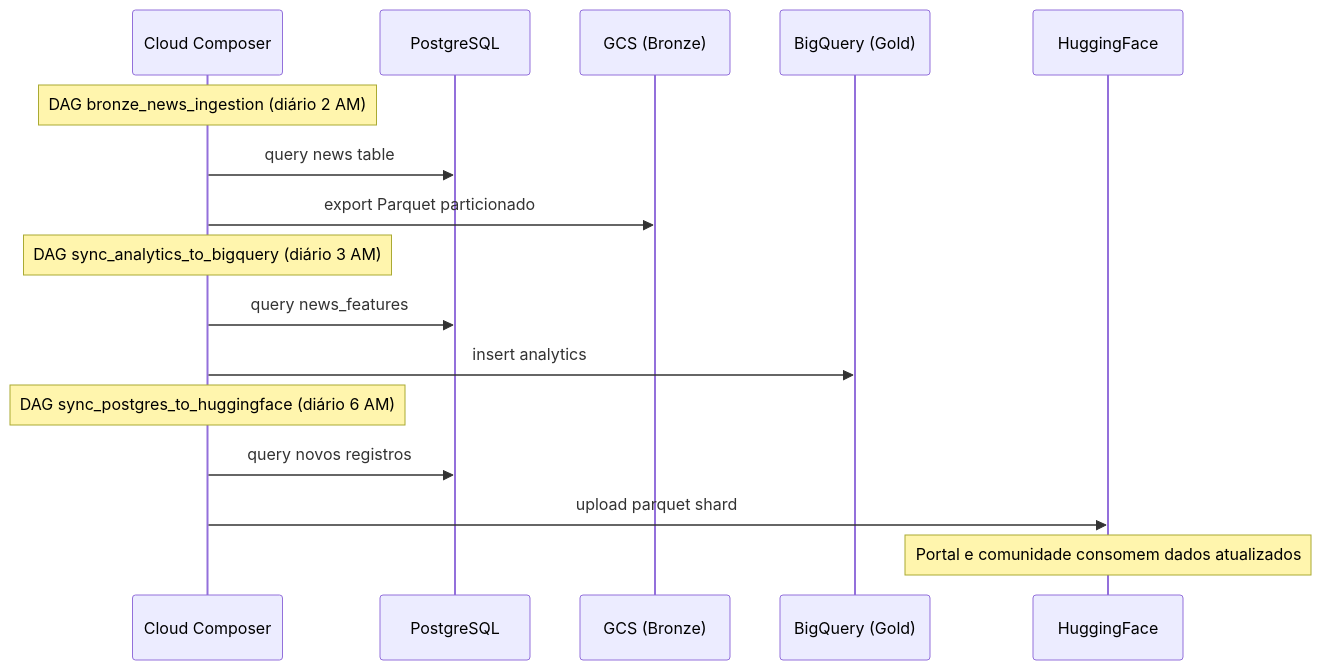
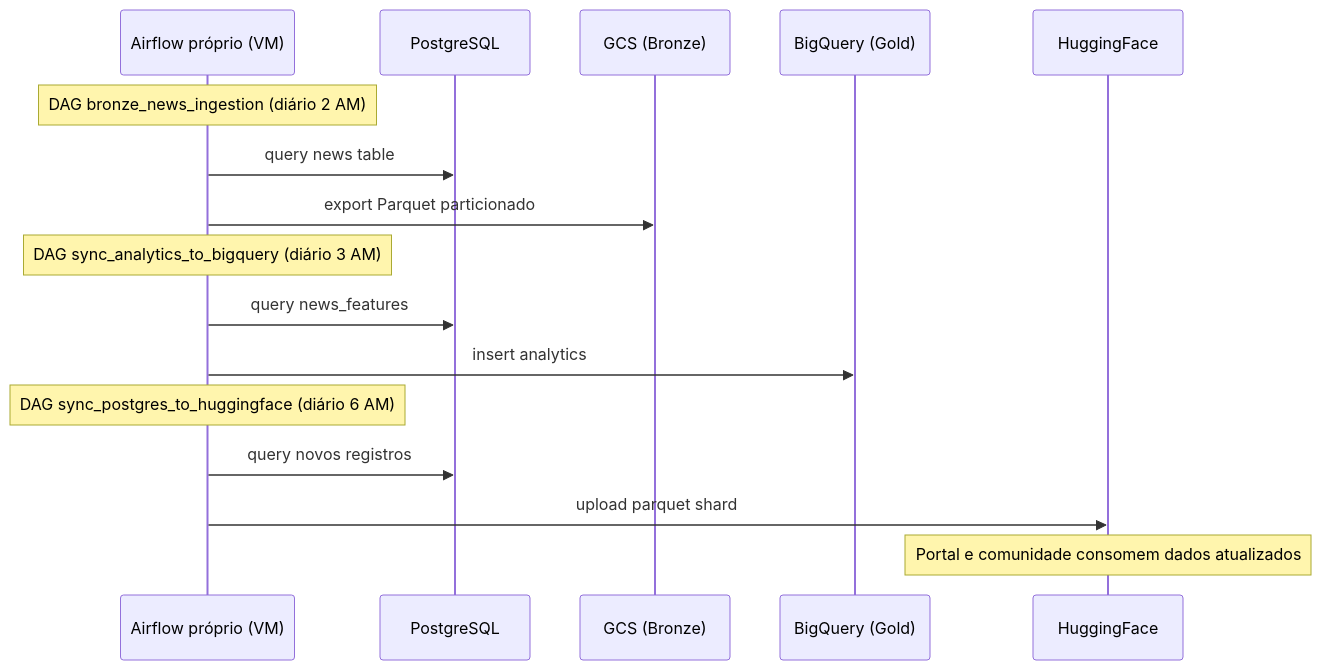
Before and after one commit to destaquesgovbr/docs: the fourth of 4 diagrams in docs/arquitetura/visao-geral.md, drawn with Mermaid. The commit also changed other lines of this file and 7 other files, not shown here.

First line of the commit message:
docs: orquestração no Airflow próprio da VM e scraping numa DAG a cada 2 h

````diff
--- a/docs/arquitetura/visao-geral.md
+++ b/docs/arquitetura/visao-geral.md
@@ -402,22 +402,22 @@
 ```mermaid
 sequenceDiagram
-    participant Airflow as Cloud Composer
+    participant Airflow as Airflow próprio (VM)
     participant PG as PostgreSQL
     participant GCS as GCS (Bronze)
     participant BQ as BigQuery (Gold)
     participant HF as HuggingFace
 
     Note over Airflow: DAG bronze_news_ingestion (diário 2 AM)
     Airflow->>PG: query news table
     Airflow->>GCS: export Parquet particionado
 
     Note over Airflow: DAG sync_analytics_to_bigquery (diário 3 AM)
     Airflow->>PG: query news_features
     Airflow->>BQ: insert analytics
 
     Note over Airflow: DAG sync_postgres_to_huggingface (diário 6 AM)
     Airflow->>PG: query novos registros
     Airflow->>HF: upload parquet shard
 
     Note over HF: Portal e comunidade consomem dados atualizados
 ```
````
